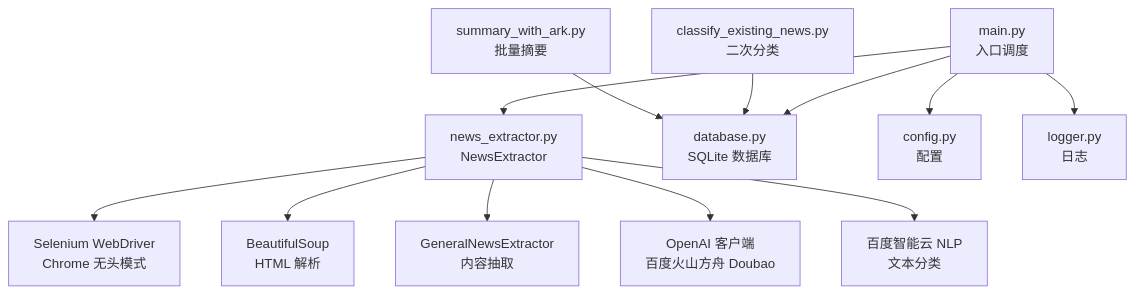
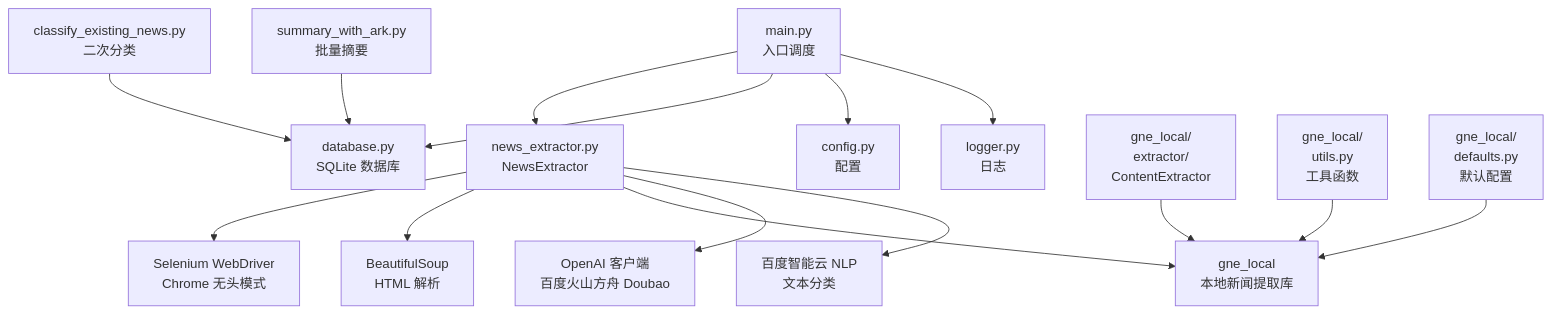
Before and after one commit to dengwanqian/news-exacter: the first of 5 diagrams in .qoder/repowiki/zh/content/核心模块详解/新闻提取器模块 (news_extractor.py).md, drawn with Mermaid. The commit also changed other lines of this file and 7 other files, not shown here.

````diff
--- a/.qoder/repowiki/zh/content/核心模块详解/新闻提取器模块 (news_extractor.py).md
+++ b/.qoder/repowiki/zh/content/核心模块详解/新闻提取器模块 (news_extractor.py).md
@@ -49,14 +58,17 @@
 ```mermaid
 graph TB
 A["main.py<br/>入口调度"] --> B["news_extractor.py<br/>NewsExtractor"]
 A --> C["database.py<br/>SQLite 数据库"]
 A --> D["config.py<br/>配置"]
 A --> E["logger.py<br/>日志"]
 B --> F["Selenium WebDriver<br/>Chrome 无头模式"]
 B --> G["BeautifulSoup<br/>HTML 解析"]
-B --> H["GeneralNewsExtractor<br/>内容抽取"]
+B --> H["gne_local<br/>本地新闻提取库"]
 B --> I["OpenAI 客户端<br/>百度火山方舟 Doubao"]
 B --> J["百度智能云 NLP<br/>文本分类"]
 K["classify_existing_news.py<br/>二次分类"] --> C
 L["summary_with_ark.py<br/>批量摘要"] --> C
+M["gne_local/<br/>extractor/<br/>ContentExtractor"] --> H
+N["gne_local/<br/>utils.py<br/>工具函数"] --> H
+O["gne_local/<br/>defaults.py<br/>默认配置"] --> H
 ```
````
